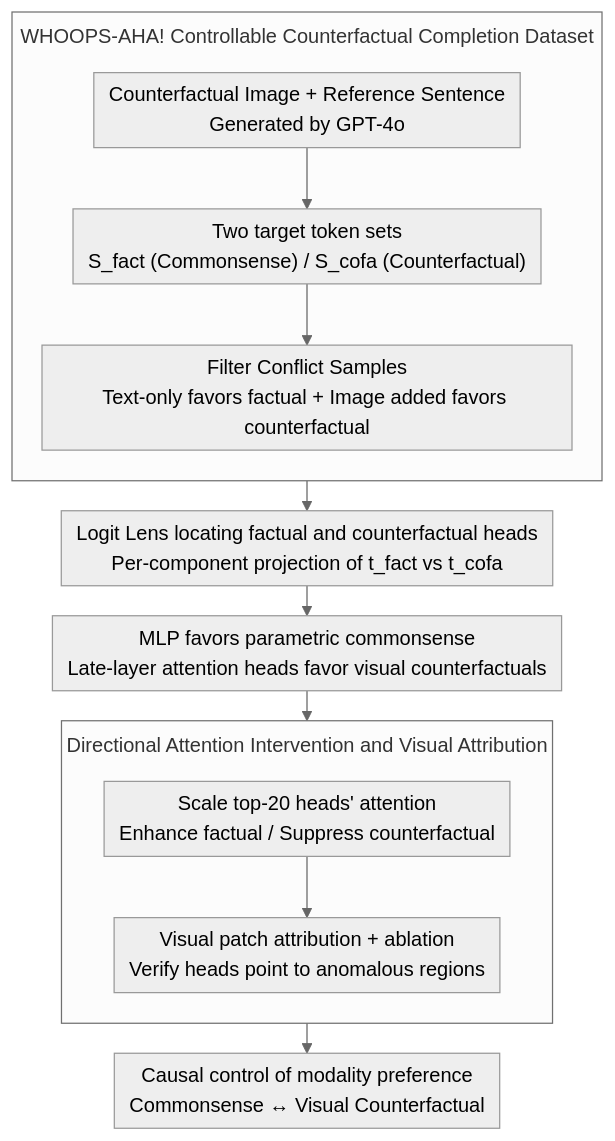
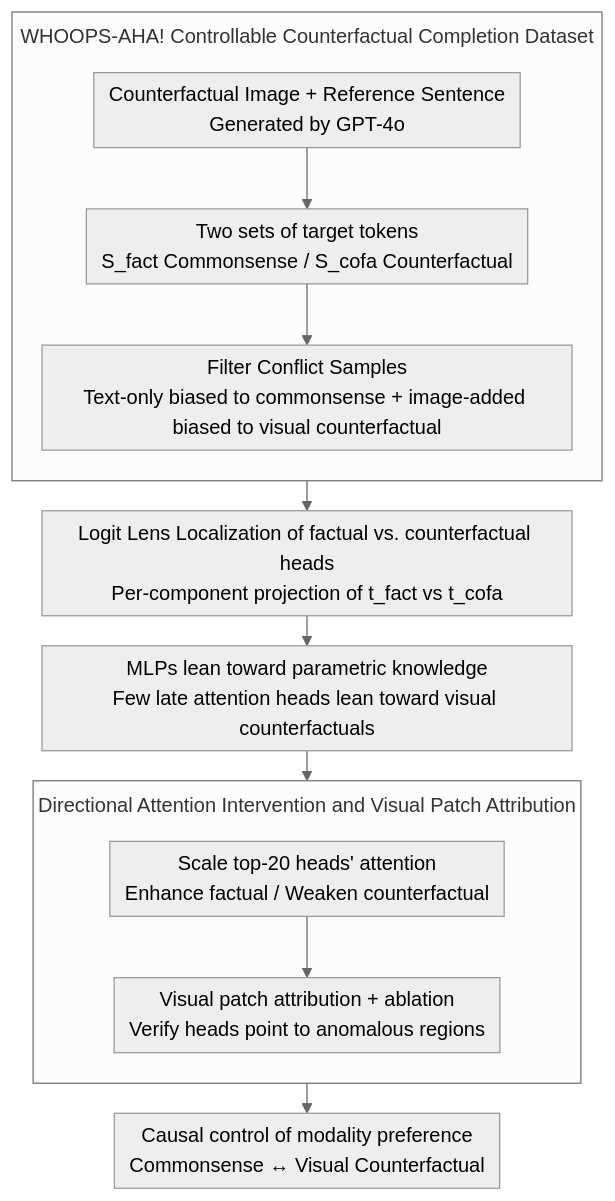
The diagram in docs/ACL2026/multimodal_vlm/when_seeing_overrides_knowing_disentangling_knowledge_conflicts_in_vision-langua.md (zhaoyang97/Paper-Notes-en), drawn with Mermaid (neutral theme) before and after one commit. The commit also changed other lines of this file and 5084 other files, not shown here.

````diff
--- a/docs/ACL2026/multimodal_vlm/when_seeing_overrides_knowing_disentangling_knowledge_conflicts_in_vision-langua.md
+++ b/docs/ACL2026/multimodal_vlm/when_seeing_overrides_knowing_disentangling_knowledge_conflicts_in_vision-langua.md
@@ -48,17 +48,17 @@
 ```mermaid
 %%{init: {'flowchart': {'rankSpacing': 24, 'nodeSpacing': 28, 'padding': 6, 'wrappingWidth': 400, 'subGraphTitleMargin': {'top': 8, 'bottom': 16}}}}%%
 flowchart TD
     subgraph DATA["WHOOPS-AHA! Controllable Counterfactual Completion Dataset"]
         direction TB
-        A["Counterfactual Image + Reference Sentence<br/>Generated by GPT-4o"] --> B["Two target token sets<br/>S_fact (Commonsense) / S_cofa (Counterfactual)"]
-        B --> C["Filter Conflict Samples<br/>Text-only favors factual + Image added favors counterfactual"]
+        A["Counterfactual Image + Reference Sentence<br/>Generated by GPT-4o"] --> B["Two sets of target tokens<br/>S_fact Commonsense / S_cofa Counterfactual"]
+        B --> C["Filter Conflict Samples<br/>Text-only biased to commonsense + image-added biased to visual counterfactual"]
     end
-    DATA --> D["Logit Lens locating factual and counterfactual heads<br/>Per-component projection of t_fact vs t_cofa"]
-    D --> E["MLP favors parametric commonsense<br/>Late-layer attention heads favor visual counterfactuals"]
-    subgraph INTV["Directional Attention Intervention and Visual Attribution"]
+    DATA --> D["Logit Lens Localization of factual vs. counterfactual heads<br/>Per-component projection of t_fact vs t_cofa"]
+    D --> E["MLPs lean toward parametric knowledge<br/>Few late attention heads lean toward visual counterfactuals"]
+    subgraph INTV["Directional Attention Intervention and Visual Patch Attribution"]
         direction TB
-        F["Scale top-20 heads' attention<br/>Enhance factual / Suppress counterfactual"] --> G["Visual patch attribution + ablation<br/>Verify heads point to anomalous regions"]
+        F["Scale top-20 heads' attention<br/>Enhance factual / Weaken counterfactual"] --> G["Visual patch attribution + ablation<br/>Verify heads point to anomalous regions"]
     end
     E --> INTV
     INTV --> H["Causal control of modality preference<br/>Commonsense ↔ Visual Counterfactual"]
 ```
````
